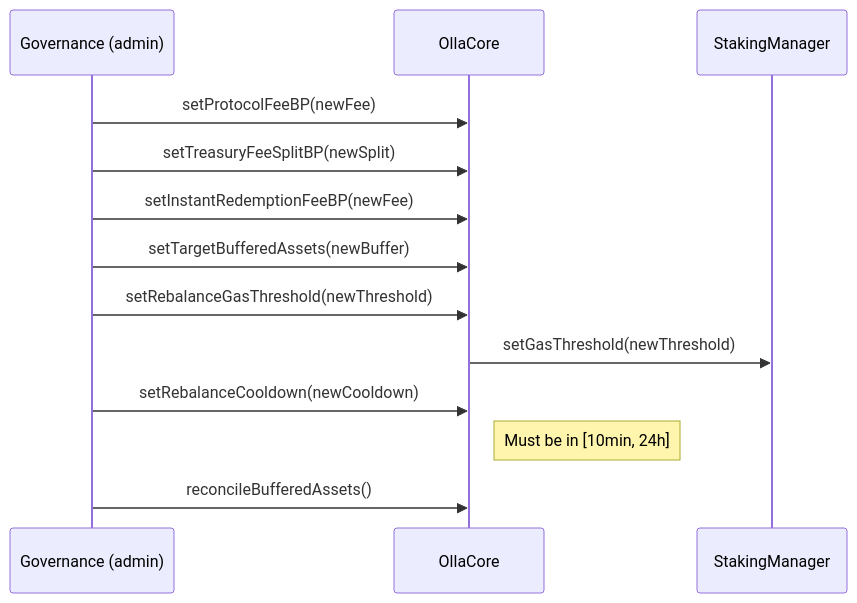
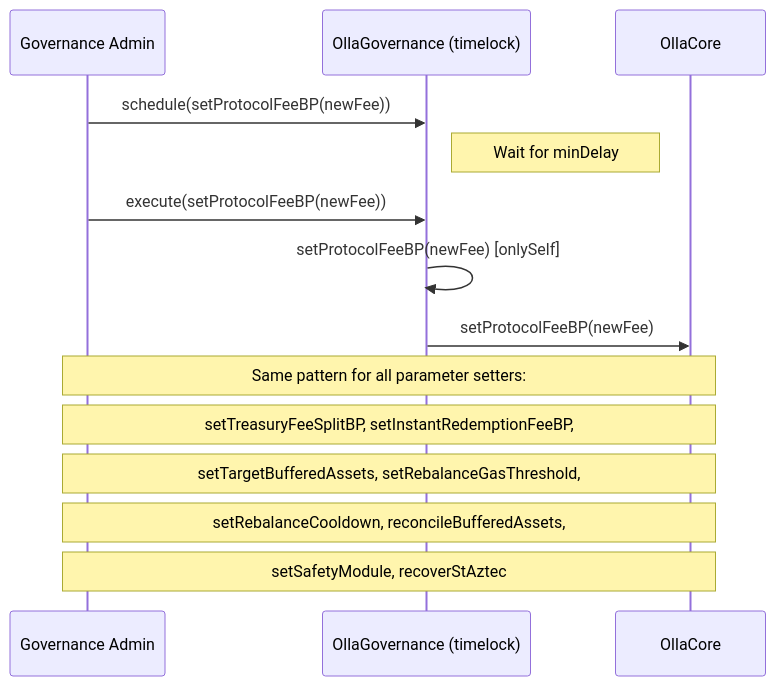
The first of 6 diagrams in docs/governance-actions.md (ollafinance/core), drawn with Mermaid before and after one commit. The commit also changed other lines of this file and 59 other files, not shown here.

First line of the commit message:
improvement: extract governance into dedicated OllaGovernance contract with timelock (#301)

````diff
--- a/docs/governance-actions.md
+++ b/docs/governance-actions.md
@@ -7,16 +9,18 @@
 ```mermaid
 sequenceDiagram
-    participant GOV as Governance (admin)
+    participant GOV as Governance Admin
+    participant OG as OllaGovernance (timelock)
     participant C as OllaCore
-    participant SM as StakingManager
 
-    GOV->>C: setProtocolFeeBP(newFee)
-    GOV->>C: setTreasuryFeeSplitBP(newSplit)
-    GOV->>C: setInstantRedemptionFeeBP(newFee)
-    GOV->>C: setTargetBufferedAssets(newBuffer)
-    GOV->>C: setRebalanceGasThreshold(newThreshold)
-    C->>SM: setGasThreshold(newThreshold)
-    GOV->>C: setRebalanceCooldown(newCooldown)
-    Note right of C: Must be in [10min, 24h]
-    GOV->>C: reconcileBufferedAssets()
+    GOV->>OG: schedule(setProtocolFeeBP(newFee))
+    Note right of OG: Wait for minDelay
+    GOV->>OG: execute(setProtocolFeeBP(newFee))
+    OG->>OG: setProtocolFeeBP(newFee) [onlySelf]
+    OG->>C: setProtocolFeeBP(newFee)
+
+    Note over GOV,C: Same pattern for all parameter setters:
+    Note over GOV,C: setTreasuryFeeSplitBP, setInstantRedemptionFeeBP,
+    Note over GOV,C: setTargetBufferedAssets, setRebalanceGasThreshold,
+    Note over GOV,C: setRebalanceCooldown, reconcileBufferedAssets,
+    Note over GOV,C: setSafetyModule, recoverStAztec
 ```
````
